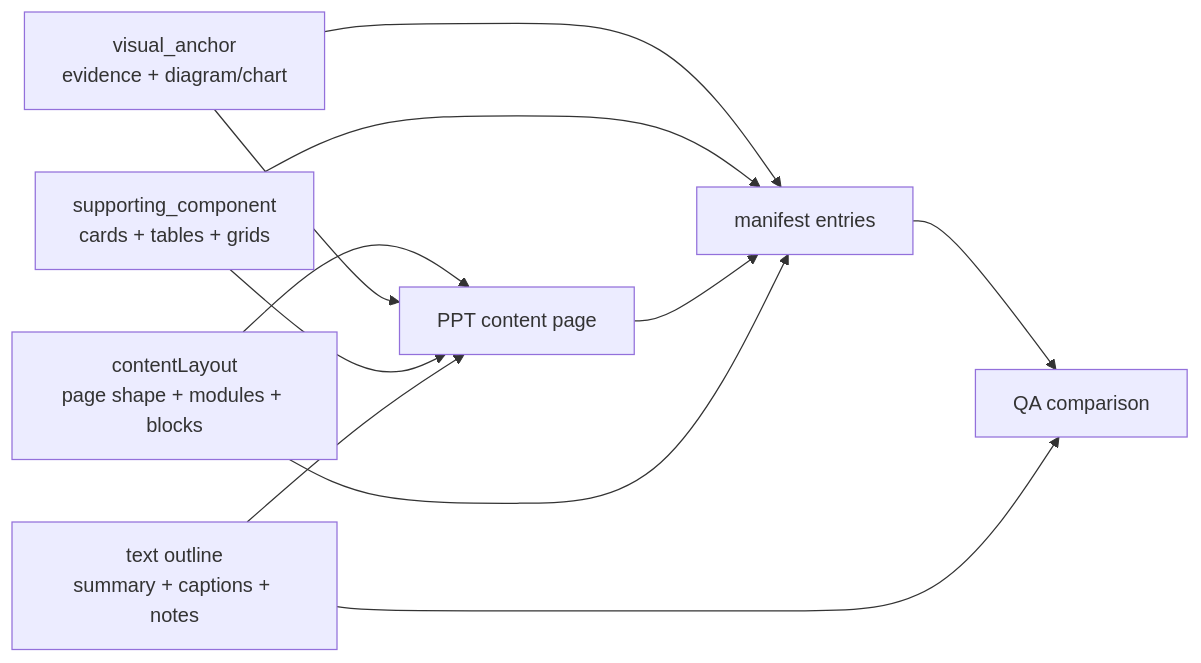
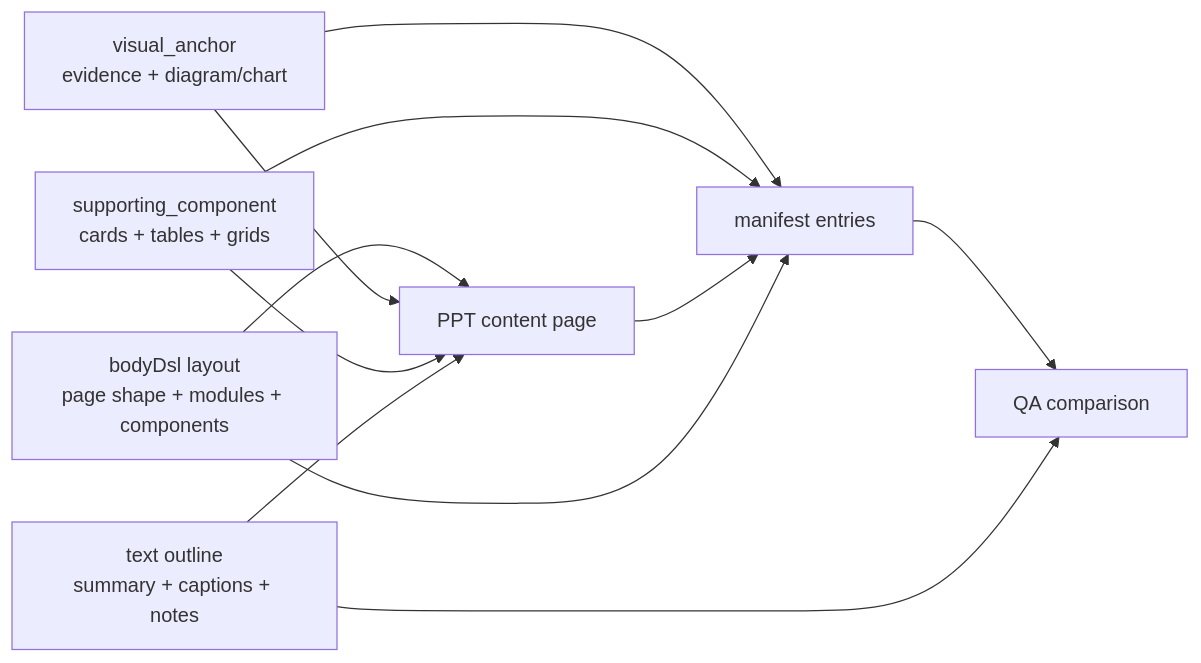
One commit to MozhiJiawei/hw-ppt-gen changed the second of 3 diagrams in docs/architecture_design.md. Above: the diagram before and after it, drawn with Mermaid. The commit also changed other lines of this file and 79 other files, not shown here.

Commit message:
refactor: align Body DSL feedback contracts

````diff
--- a/docs/architecture_design.md
+++ b/docs/architecture_design.md
@@ -381,21 +409,21 @@
 ```mermaid
 flowchart LR
-  Layout["contentLayout\npage shape + modules + blocks"]
+  Layout["bodyDsl layout\npage shape + modules + components"]
   VisualSpec["visual_anchor\nevidence + diagram/chart"]
   SupportSpec["supporting_component\ncards + tables + grids"]
   TextOutline["text outline\nsummary + captions + notes"]
   RenderedPage["PPT content page"]
   ManifestEntry["manifest entries"]
   QACompare["QA comparison"]
 
   Layout --> RenderedPage
   VisualSpec --> RenderedPage
   SupportSpec --> RenderedPage
   TextOutline --> RenderedPage
   VisualSpec --> ManifestEntry
   SupportSpec --> ManifestEntry
   RenderedPage --> ManifestEntry
   Layout --> ManifestEntry
   ManifestEntry --> QACompare
   TextOutline --> QACompare
 ```
````
